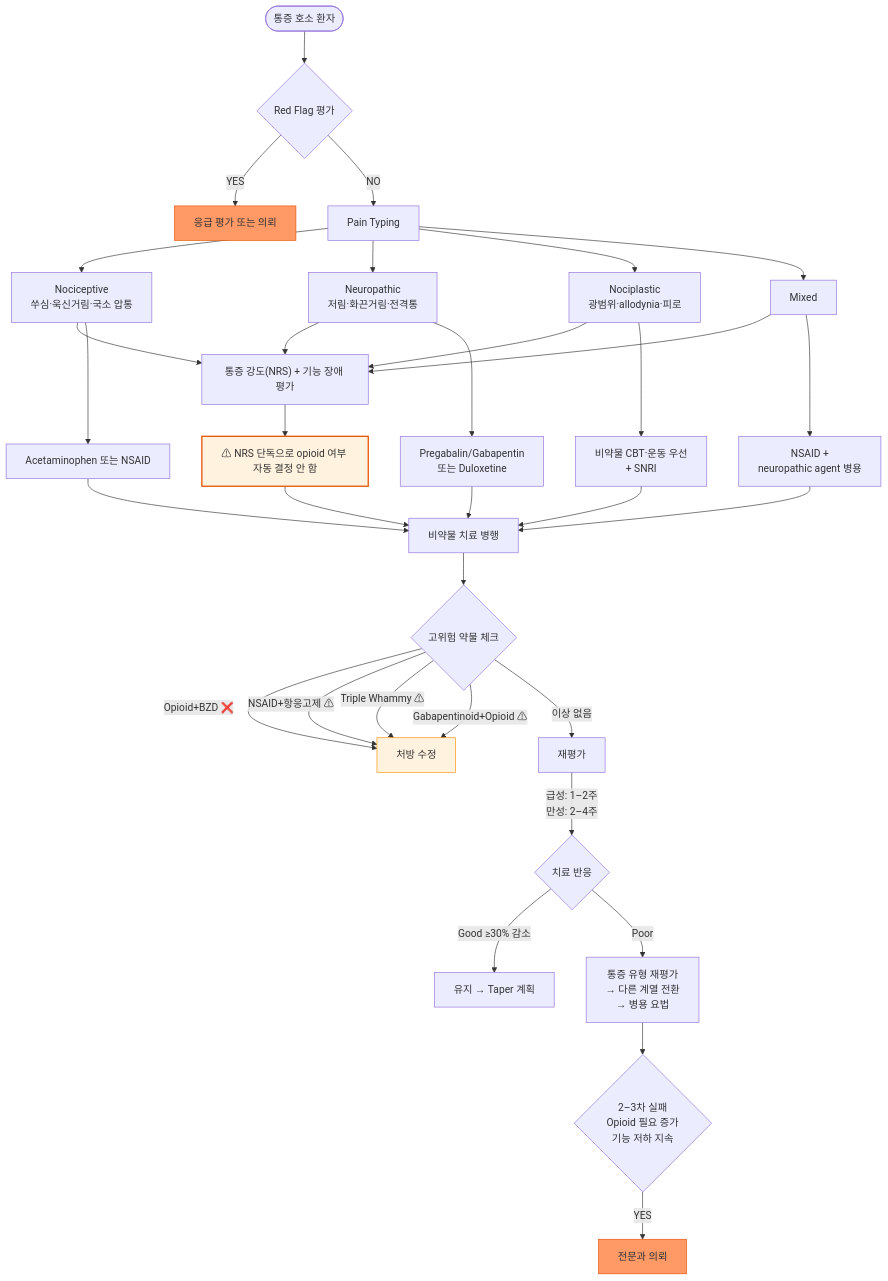
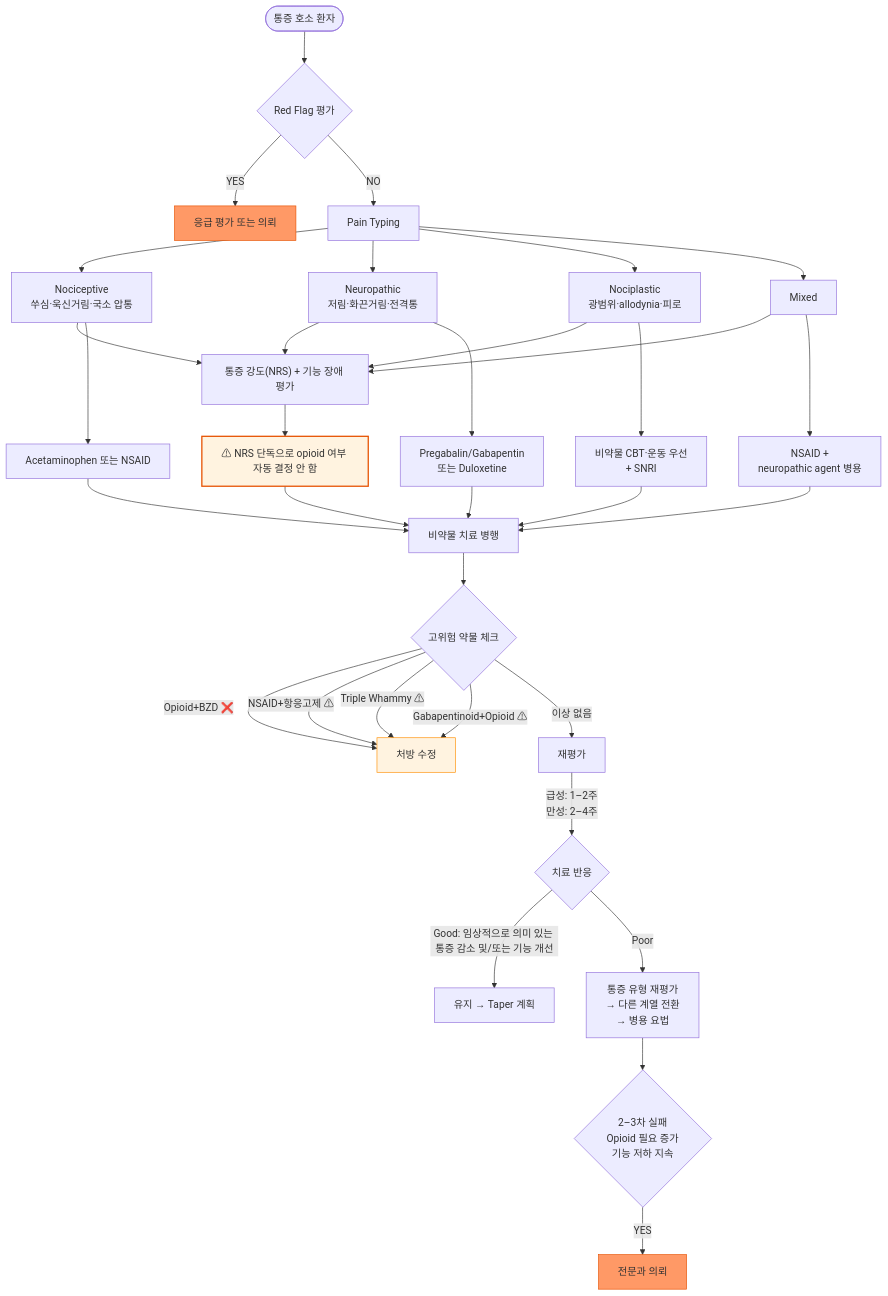
One commit to familyoh77/familyoh77 changed the first of 2 diagrams in 220_/001_-pain.md. Above: the diagram before and after it, drawn with Mermaid. The commit also changed other lines of this file, not shown here.

````diff
--- a/220_/001_-pain.md
+++ b/220_/001_-pain.md
@@ -111,32 +113,32 @@
 ```mermaid
 flowchart TD
     A([통증 호소 환자]) --> B{Red Flag 평가}
     B -->|YES| C[응급 평가 또는 의뢰]
     B -->|NO| D[Pain Typing]
     D --> D1[Nociceptive\n쑤심·욱신거림·국소 압통]
     D --> D2[Neuropathic\n저림·화끈거림·전격통]
     D --> D3[Nociplastic\n광범위·allodynia·피로]
     D --> D4[Mixed]
     D1 & D2 & D3 & D4 --> E["통증 강도(NRS) + 기능 장애 평가"]
     E --> E0["⚠ NRS 단독으로 opioid 여부 자동 결정 안 함"]
     D1 --> F1[Acetaminophen 또는 NSAID]
     D2 --> G1[Pregabalin/Gabapentin\n또는 Duloxetine]
     D3 --> G2[비약물 CBT·운동 우선\n+ SNRI]
     D4 --> F2[NSAID +\nneuropathic agent 병용]
     E0 & F1 & G1 & G2 & F2 --> H[비약물 치료 병행]
     H --> I{고위험 약물 체크}
     I -->|"Opioid+BZD ❌"| J[처방 수정]
     I -->|"NSAID+항응고제 ⚠"| J
     I -->|"Triple Whammy ⚠"| J
     I -->|"Gabapentinoid+Opioid ⚠"| J
     I -->|"이상 없음"| K[재평가]
     K -->|급성: 1–2주\n만성: 2–4주| L{치료 반응}
-    L -->|Good ≥30% 감소| M[유지 → Taper 계획]
+    L -->|Good: 임상적으로 의미 있는 통증 감소 및/또는 기능 개선| M[유지 → Taper 계획]
     L -->|Poor| N[통증 유형 재평가\n→ 다른 계열 전환\n→ 병용 요법]
     N --> O{2–3차 실패\nOpioid 필요 증가\n기능 저하 지속}
     O -->|YES| P[전문과 의뢰]
     style C fill:#f96,stroke:#e65100
     style P fill:#f96,stroke:#e65100
     style J fill:#fff3e0,stroke:#ff8f00
     style E0 fill:#fff3e0,stroke:#e65100,stroke-width:2px
 ```
````
